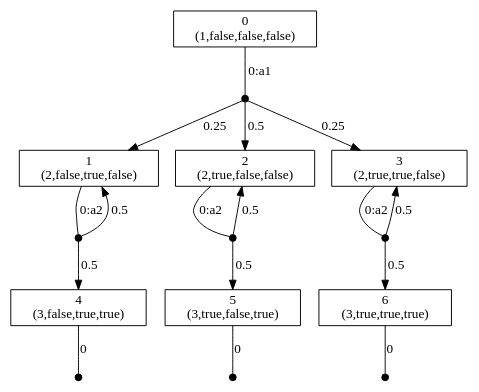
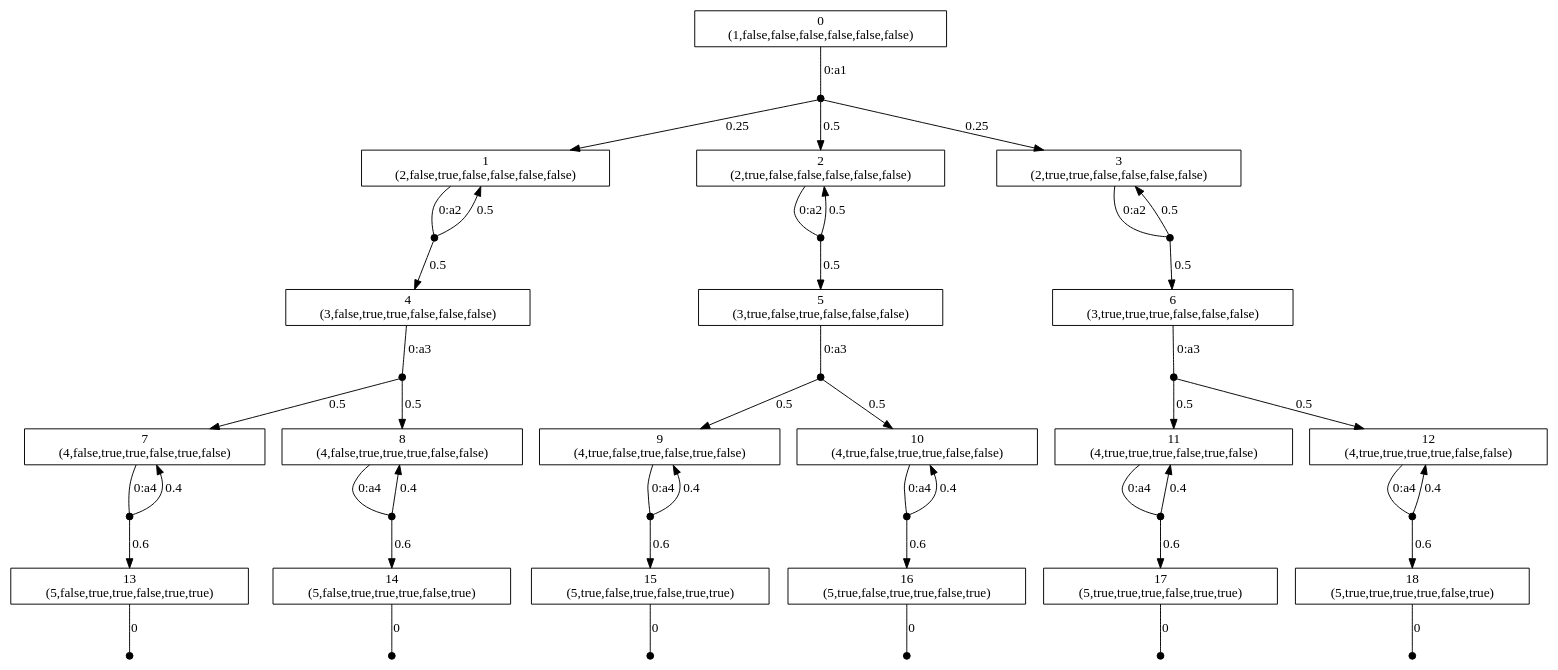
One commit to mahalageeta/DSTG-PRISM changed the diagram in mdp.dot. Above: the diagram before and after it, drawn with Graphviz. The commit also changed 6 other files, not shown here.

```diff
--- a/mdp.dot
+++ b/mdp.dot
@@ -1,33 +1,87 @@
 digraph MDP {
 node [label="",shape="box"];
-0 [label="0\n(1,false,false,false)"];
+0 [label="0\n(1,false,false,false,false,false,false)"];
 0 -> n0_0  [label="0:a1",arrowhead="none"];
 n0_0 [ shape=point,width=0.1,height=0.1,label="" ];
 n0_0 -> 1  [label="0.25"];
 n0_0 -> 2  [label="0.5"];
 n0_0 -> 3  [label="0.25"];
-1 [label="1\n(2,false,true,false)"];
+1 [label="1\n(2,false,true,false,false,false,false)"];
 1 -> n1_0  [label="0:a2",arrowhead="none"];
 n1_0 [ shape=point,width=0.1,height=0.1,label="" ];
 n1_0 -> 1  [label="0.5"];
 n1_0 -> 4  [label="0.5"];
-2 [label="2\n(2,true,false,false)"];
+2 [label="2\n(2,true,false,false,false,false,false)"];
 2 -> n2_0  [label="0:a2",arrowhead="none"];
 n2_0 [ shape=point,width=0.1,height=0.1,label="" ];
 n2_0 -> 2  [label="0.5"];
 n2_0 -> 5  [label="0.5"];
-3 [label="3\n(2,true,true,false)"];
+3 [label="3\n(2,true,true,false,false,false,false)"];
 3 -> n3_0  [label="0:a2",arrowhead="none"];
 n3_0 [ shape=point,width=0.1,height=0.1,label="" ];
 n3_0 -> 3  [label="0.5"];
 n3_0 -> 6  [label="0.5"];
-4 [label="4\n(3,false,true,true)"];
-4 -> n4_0  [label="0",arrowhead="none"];
+4 [label="4\n(3,false,true,true,false,false,false)"];
+4 -> n4_0  [label="0:a3",arrowhead="none"];
 n4_0 [ shape=point,width=0.1,height=0.1,label="" ];
-5 [label="5\n(3,true,false,true)"];
-5 -> n5_0  [label="0",arrowhead="none"];
+n4_0 -> 7  [label="0.5"];
+n4_0 -> 8  [label="0.5"];
+5 [label="5\n(3,true,false,true,false,false,false)"];
+5 -> n5_0  [label="0:a3",arrowhead="none"];
 n5_0 [ shape=point,width=0.1,height=0.1,label="" ];
-6 [label="6\n(3,true,true,true)"];
-6 -> n6_0  [label="0",arrowhead="none"];
+n5_0 -> 9  [label="0.5"];
+n5_0 -> 10  [label="0.5"];
+6 [label="6\n(3,true,true,true,false,false,false)"];
+6 -> n6_0  [label="0:a3",arrowhead="none"];
 n6_0 [ shape=point,width=0.1,height=0.1,label="" ];
+n6_0 -> 11  [label="0.5"];
+n6_0 -> 12  [label="0.5"];
+7 [label="7\n(4,false,true,true,false,true,false)"];
+7 -> n7_0  [label="0:a4",arrowhead="none"];
+n7_0 [ shape=point,width=0.1,height=0.1,label="" ];
+n7_0 -> 7  [label="0.4"];
+n7_0 -> 13  [label="0.6"];
+8 [label="8\n(4,false,true,true,true,false,false)"];
+8 -> n8_0  [label="0:a4",arrowhead="none"];
+n8_0 [ shape=point,width=0.1,height=0.1,label="" ];
+n8_0 -> 8  [label="0.4"];
+n8_0 -> 14  [label="0.6"];
+9 [label="9\n(4,true,false,true,false,true,false)"];
+9 -> n9_0  [label="0:a4",arrowhead="none"];
+n9_0 [ shape=point,width=0.1,height=0.1,label="" ];
+n9_0 -> 9  [label="0.4"];
+n9_0 -> 15  [label="0.6"];
+10 [label="10\n(4,true,false,true,true,false,false)"];
+10 -> n10_0  [label="0:a4",arrowhead="none"];
+n10_0 [ shape=point,width=0.1,height=0.1,label="" ];
+n10_0 -> 10  [label="0.4"];
+n10_0 -> 16  [label="0.6"];
+11 [label="11\n(4,true,true,true,false,true,false)"];
+11 -> n11_0  [label="0:a4",arrowhead="none"];
+n11_0 [ shape=point,width=0.1,height=0.1,label="" ];
+n11_0 -> 11  [label="0.4"];
+n11_0 -> 17  [label="0.6"];
+12 [label="12\n(4,true,true,true,true,false,false)"];
+12 -> n12_0  [label="0:a4",arrowhead="none"];
+n12_0 [ shape=point,width=0.1,height=0.1,label="" ];
+n12_0 -> 12  [label="0.4"];
+n12_0 -> 18  [label="0.6"];
+13 [label="13\n(5,false,true,true,false,true,true)"];
+13 -> n13_0  [label="0",arrowhead="none"];
+n13_0 [ shape=point,width=0.1,height=0.1,label="" ];
+14 [label="14\n(5,false,true,true,true,false,true)"];
+14 -> n14_0  [label="0",arrowhead="none"];
+n14_0 [ shape=point,width=0.1,height=0.1,label="" ];
+15 [label="15\n(5,true,false,true,false,true,true)"];
+15 -> n15_0  [label="0",arrowhead="none"];
+n15_0 [ shape=point,width=0.1,height=0.1,label="" ];
+16 [label="16\n(5,true,false,true,true,false,true)"];
+16 -> n16_0  [label="0",arrowhead="none"];
+n16_0 [ shape=point,width=0.1,height=0.1,label="" ];
+17 [label="17\n(5,true,true,true,false,true,true)"];
+17 -> n17_0  [label="0",arrowhead="none"];
+n17_0 [ shape=point,width=0.1,height=0.1,label="" ];
+18 [label="18\n(5,true,true,true,true,false,true)"];
+18 -> n18_0  [label="0",arrowhead="none"];
+n18_0 [ shape=point,width=0.1,height=0.1,label="" ];
 }
```
